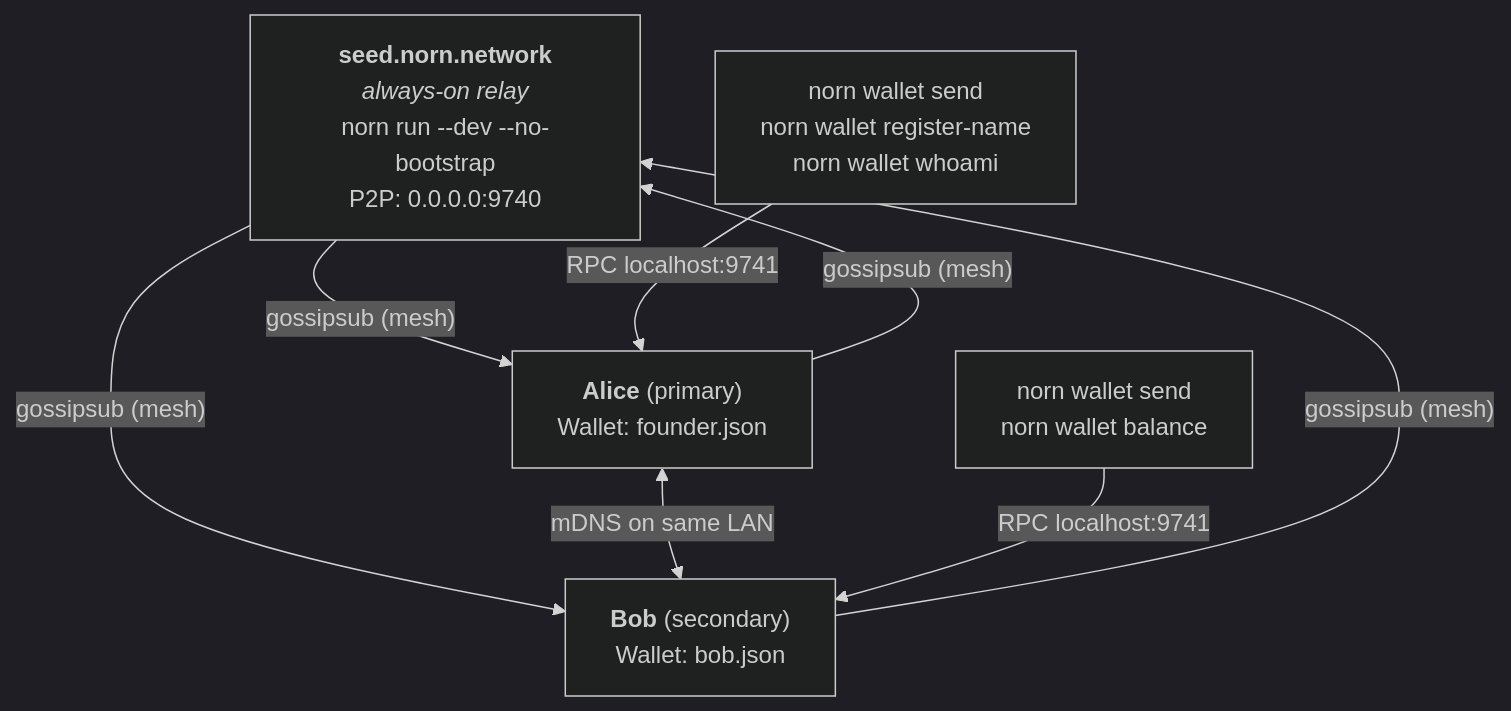
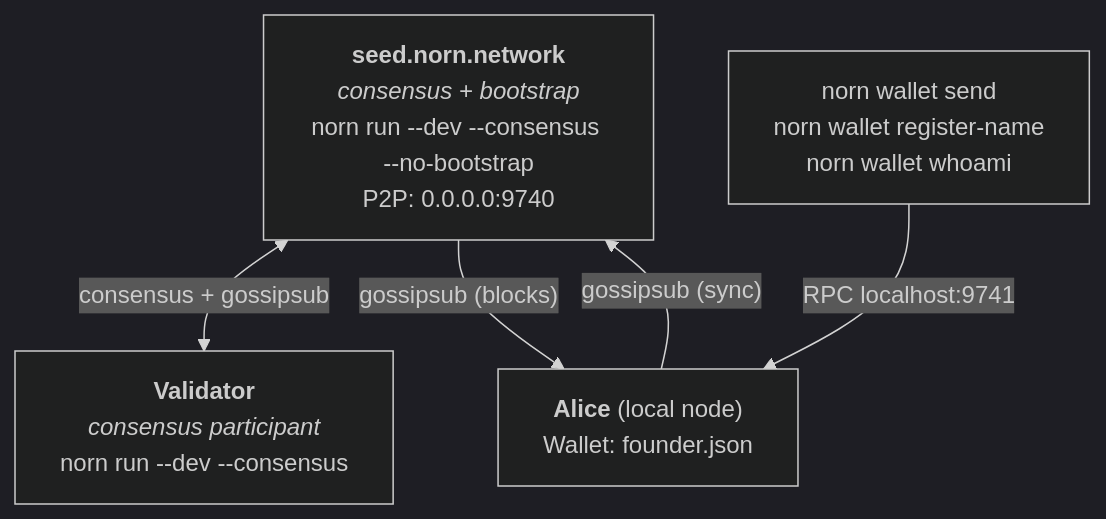
The diagram in docs/Network_Architecture.md (augmnt/norn-protocol), drawn with Mermaid (dark theme) before and after one commit. The commit also changed other lines of this file and 22 other files, not shown here.

````diff
--- a/docs/Network_Architecture.md
+++ b/docs/Network_Architecture.md
@@ -84,19 +83,16 @@
 ```mermaid
 graph TD
-    Seed["<b>seed.norn.network</b><br/><i>always-on relay</i><br/>norn run --dev --no-bootstrap<br/>P2P: 0.0.0.0:9740"]
+    Seed["<b>seed.norn.network</b><br/><i>consensus + bootstrap</i><br/>norn run --dev --consensus --no-bootstrap<br/>P2P: 0.0.0.0:9740"]
 
-    Alice["<b>Alice</b> (primary)<br/>Wallet: founder.json"]
-    Bob["<b>Bob</b> (secondary)<br/>Wallet: bob.json"]
+    Validator["<b>Validator</b><br/><i>consensus participant</i><br/>norn run --dev --consensus"]
+
+    Alice["<b>Alice</b> (local node)<br/>Wallet: founder.json"]
 
     AliceCLI["norn wallet send<br/>norn wallet register-name<br/>norn wallet whoami"]
-    BobCLI["norn wallet send<br/>norn wallet balance"]
 
-    Alice -- "gossipsub (mesh)" --> Seed
-    Seed -- "gossipsub (mesh)" --> Alice
-    Bob -- "gossipsub (mesh)" --> Seed
-    Seed -- "gossipsub (mesh)" --> Bob
-    Alice <-- "mDNS on same LAN" --> Bob
+    Seed <-- "consensus + gossipsub" --> Validator
+    Alice -- "gossipsub (sync)" --> Seed
+    Seed -- "gossipsub (blocks)" --> Alice
 
     AliceCLI -- "RPC localhost:9741" --> Alice
-    BobCLI -- "RPC localhost:9741" --> Bob
 ```
````
